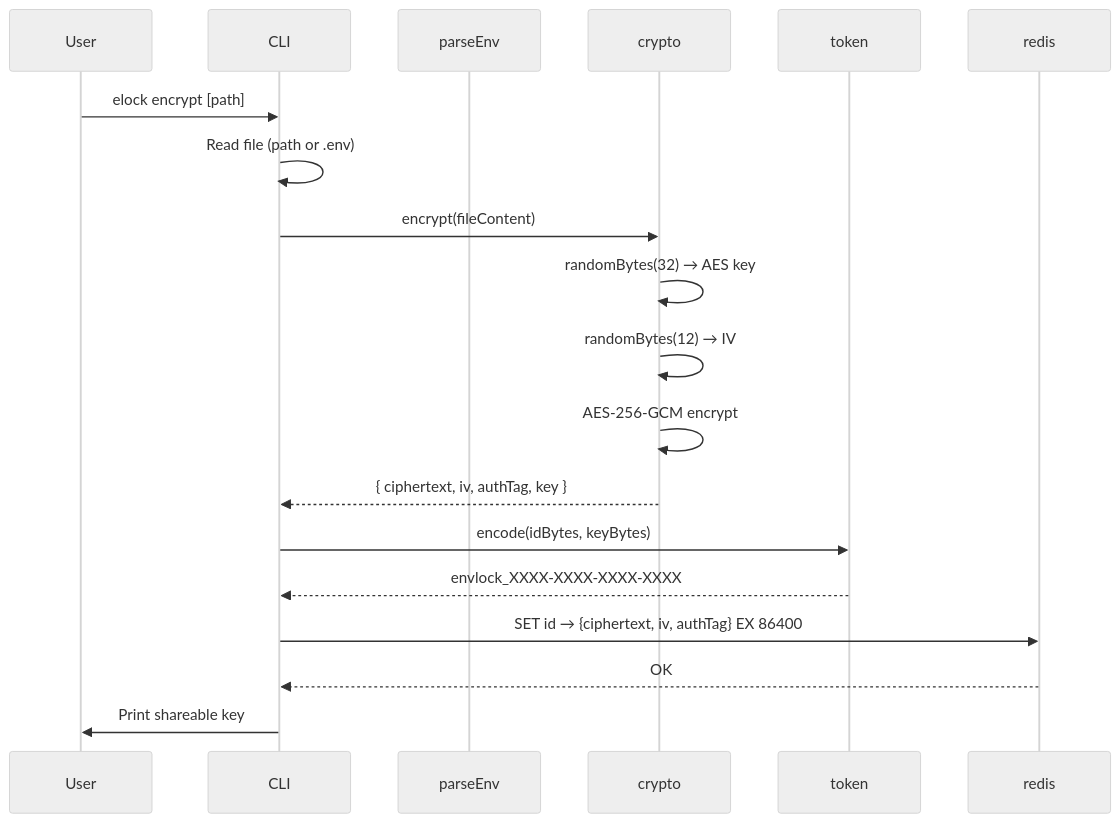
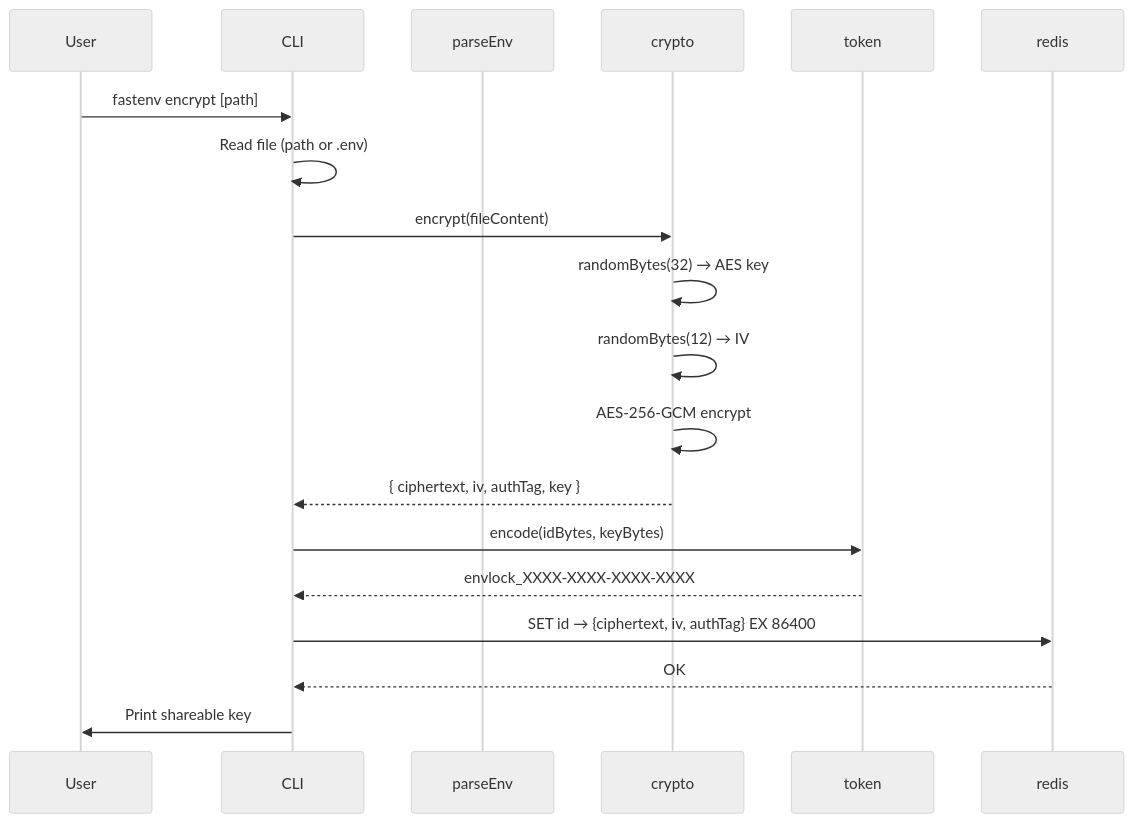
The second of 3 diagrams in .kiro/specs/elock-cli/design.md (matrix6c/fastenv), drawn with Mermaid (neutral theme) before and after one commit. The commit also changed other lines of this file and 4 other files, not shown here.

First line of the commit message:
docs(elock-cli): Rename project from elock to fastenv

````diff
--- a/.kiro/specs/elock-cli/design.md
+++ b/.kiro/specs/elock-cli/design.md
@@ -94,22 +94,22 @@
 ```mermaid
 sequenceDiagram
     participant User
     participant CLI
     participant Parser as parseEnv
     participant Crypto as crypto
     participant Token as token
     participant Redis as redis
 
-    User->>CLI: elock encrypt [path]
+    User->>CLI: fastenv encrypt [path]
     CLI->>CLI: Read file (path or .env)
     CLI->>Crypto: encrypt(fileContent)
     Crypto->>Crypto: randomBytes(32) → AES key
     Crypto->>Crypto: randomBytes(12) → IV
     Crypto->>Crypto: AES-256-GCM encrypt
     Crypto-->>CLI: { ciphertext, iv, authTag, key }
     CLI->>Token: encode(idBytes, keyBytes)
     Token-->>CLI: envlock_XXXX-XXXX-XXXX-XXXX
     CLI->>Redis: SET id → {ciphertext, iv, authTag} EX 86400
     Redis-->>CLI: OK
     CLI->>User: Print shareable key
 ```
````
